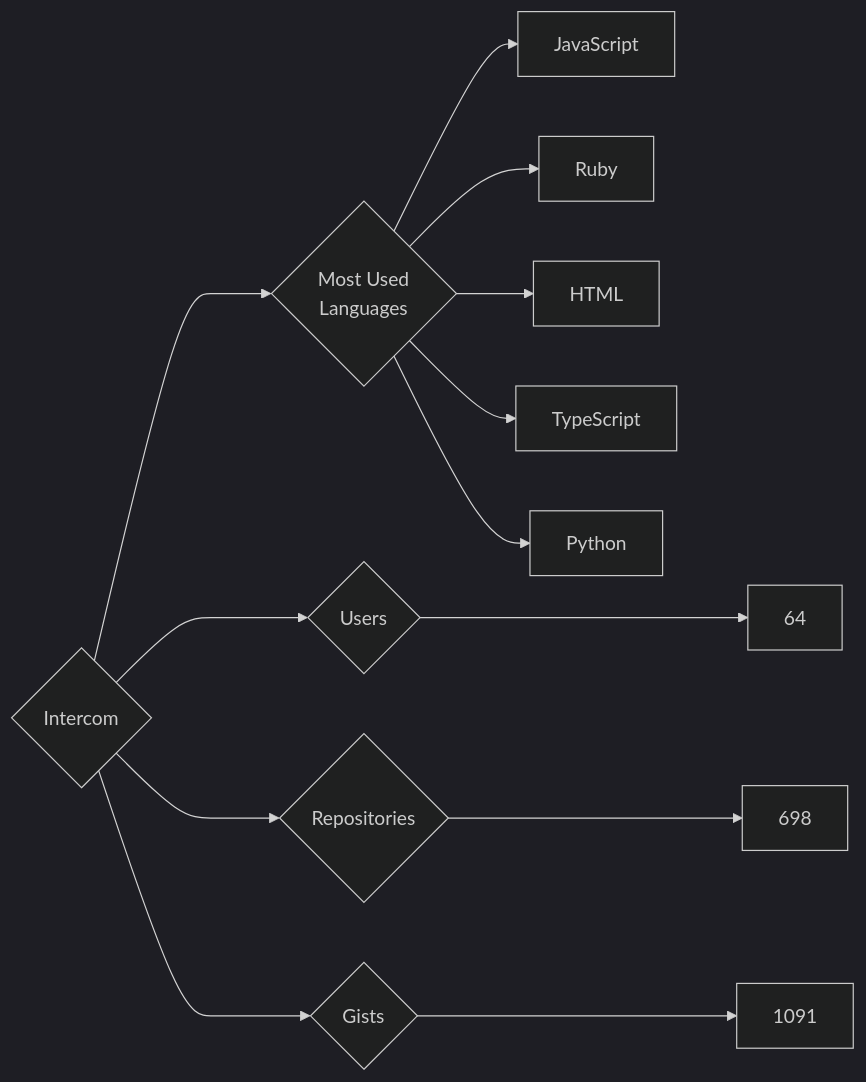
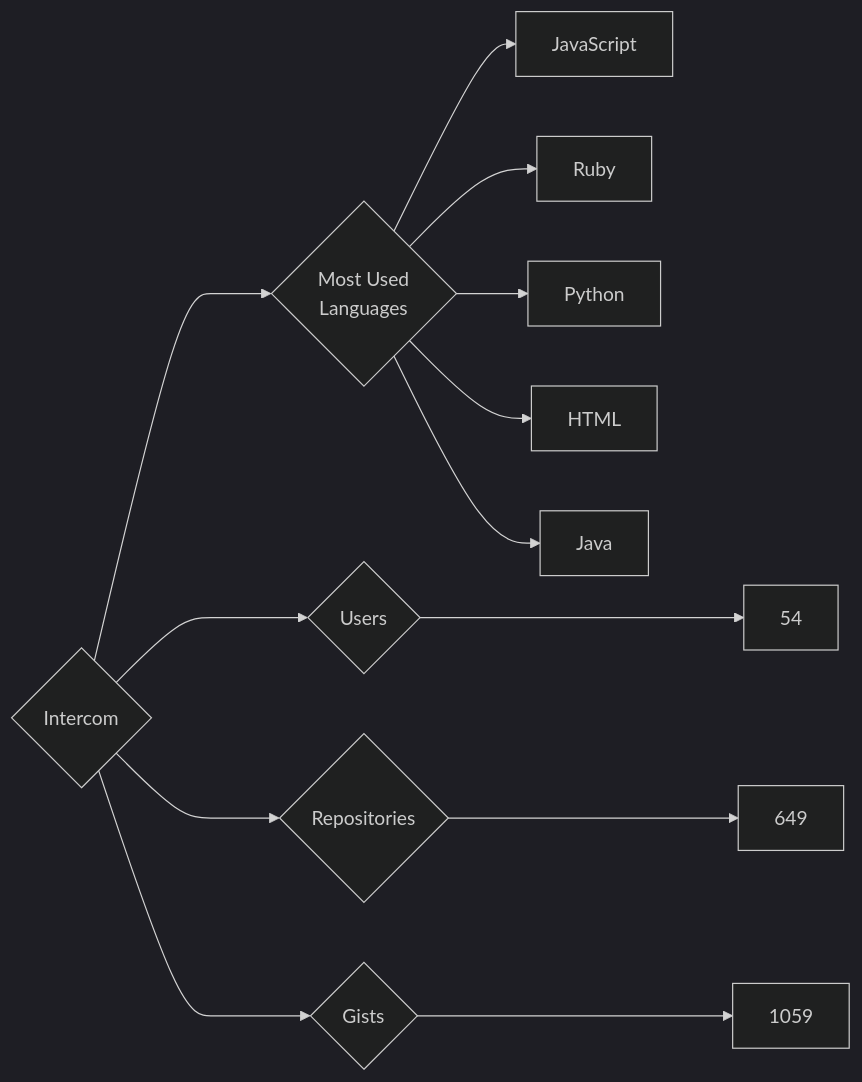
The diagram in targets/Intercom/README.md (trickest/insiders), drawn with Mermaid (dark theme) before and after one commit. The commit also changed 861 other files, not shown here.

````diff
--- a/targets/Intercom/README.md
+++ b/targets/Intercom/README.md
@@ -3,13 +3,13 @@
 ```mermaid
 graph LR
 COMPANY_NAME{Intercom}
-COMPANY_NAME ---> U{Users} ---> UN[64]
-COMPANY_NAME ---> R{Repositories} ---> RN[698]
-COMPANY_NAME ---> G{Gists} ---> GN[1091]
+COMPANY_NAME ---> U{Users} ---> UN[54]
+COMPANY_NAME ---> R{Repositories} ---> RN[649]
+COMPANY_NAME ---> G{Gists} ---> GN[1059]
 COMPANY_NAME ---> ML{Most Used<br>Languages}
 ML --> JavaScript[JavaScript]
 ML --> Ruby[Ruby]
+ML --> Python[Python]
 ML --> HTML[HTML]
-ML --> TypeScript[TypeScript]
-ML --> Python[Python]
+ML --> Java[Java]
 ```
````
